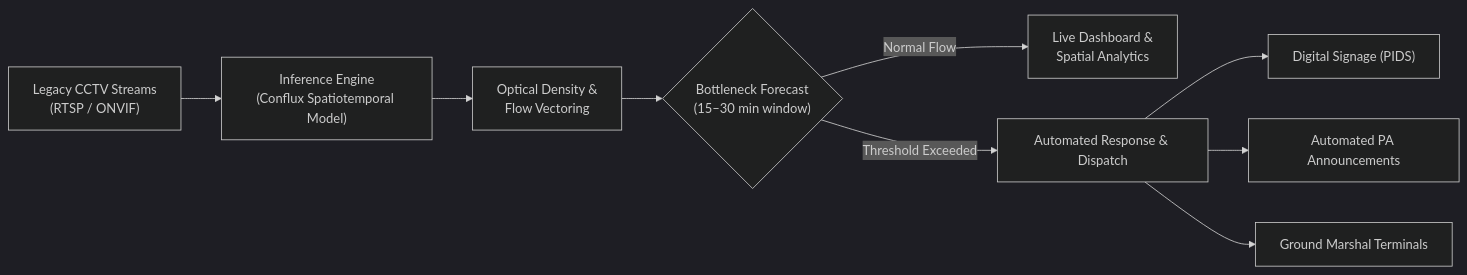
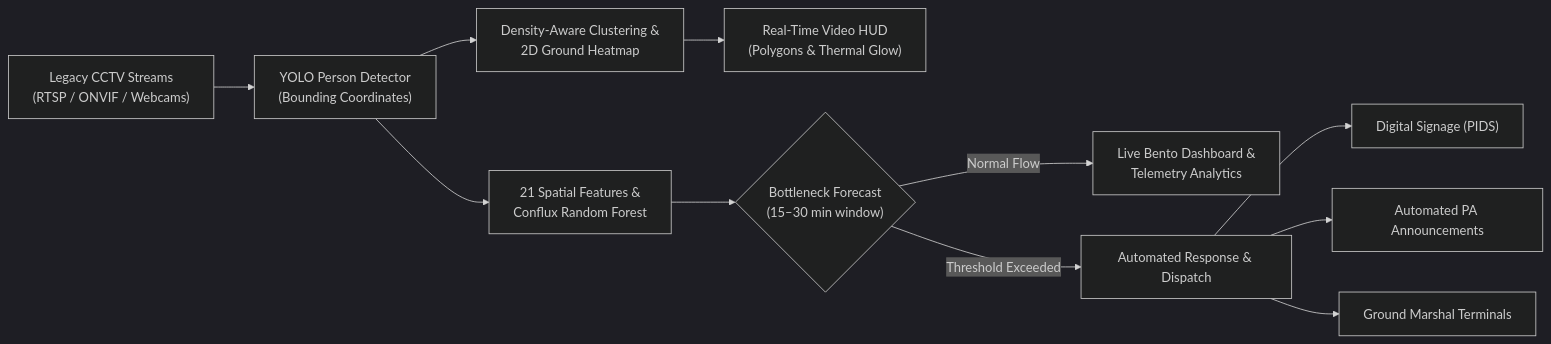
Before and after one commit to kodo-kaze/vigilo: the diagram in README.md, drawn with Mermaid (dark theme). The commit also changed other lines of this file, not shown here.

Commit message:
docs: update README with spatial clustering, 2D ground heatmap, and Docker all-in-one deployment

````diff
--- a/README.md
+++ b/README.md
@@ -57,11 +77,13 @@
 ```mermaid
 flowchart LR
-    A["Legacy CCTV Streams<br/>(RTSP / ONVIF)"] --> B["Inference Engine<br/>(Conflux Spatiotemporal Model)"]
-    B --> C["Optical Density &<br/>Flow Vectoring"]
-    C --> D{"Bottleneck Forecast<br/>(15–30 min window)"}
-    D -- Normal Flow --> E["Live Dashboard &<br/>Spatial Analytics"]
-    D -- Threshold Exceeded --> F["Automated Response & Dispatch"]
-    F --> G["Digital Signage (PIDS)"]
-    F --> H["Automated PA Announcements"]
-    F --> I["Ground Marshal Terminals"]
+    A["Legacy CCTV Streams<br/>(RTSP / ONVIF / Webcams)"] --> B["YOLO Person Detector<br/>(Bounding Coordinates)"]
+    B --> C["Density-Aware Clustering &<br/>2D Ground Heatmap"]
+    B --> D["21 Spatial Features &<br/>Conflux Random Forest"]
+    C --> E["Real-Time Video HUD<br/>(Polygons & Thermal Glow)"]
+    D --> F{"Bottleneck Forecast<br/>(15–30 min window)"}
+    F -- Normal Flow --> G["Live Bento Dashboard &<br/>Telemetry Analytics"]
+    F -- Threshold Exceeded --> H["Automated Response & Dispatch"]
+    H --> I["Digital Signage (PIDS)"]
+    H --> J["Automated PA Announcements"]
+    H --> K["Ground Marshal Terminals"]
 ```
````
